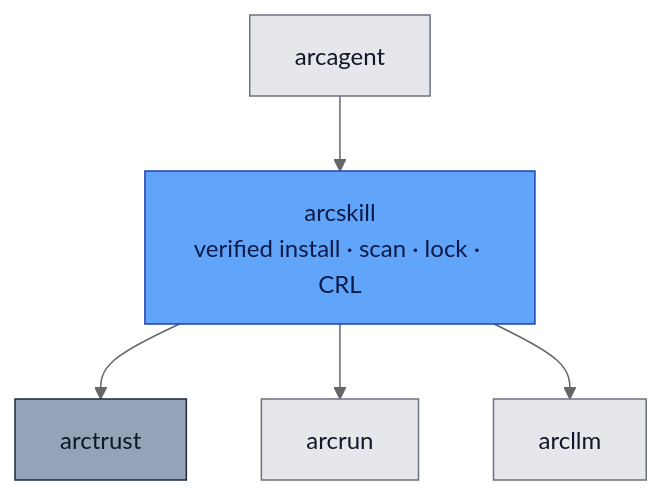
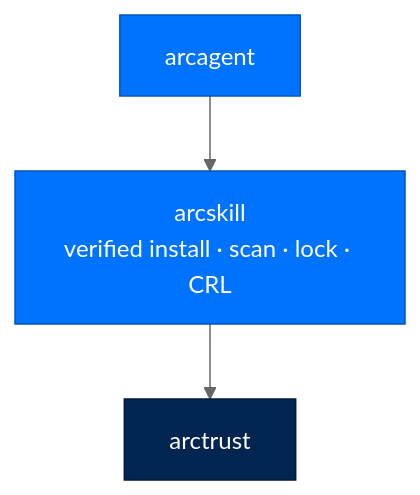
One commit to joshuamschultz/Arc changed the first of 2 diagrams in packages/arcskill/README.md. Above: the diagram before and after it, drawn with Mermaid (neutral theme). The commit also changed other lines of this file and 16 other files, not shown here.

````diff
--- a/packages/arcskill/README.md
+++ b/packages/arcskill/README.md
@@ -36,11 +36,8 @@
 ```mermaid
 flowchart TB
-    classDef sk fill:#60A5FA,stroke:#1E40AF,color:#0C1A47
-    classDef tr fill:#94A3B8,stroke:#1E293B,color:#0F172A
-    classDef other fill:#E5E7EB,stroke:#6B7280,color:#111827
+    classDef agent fill:#0073FE,stroke:#0055BC,color:#FFFFFF
+    classDef found fill:#002550,stroke:#001A38,color:#FFFFFF
 
-    arcagent[arcagent]:::other --> arcskill
-    arcskill[arcskill<br/>verified install · scan · lock · CRL]:::sk --> arctrust[arctrust]:::tr
-    arcskill --> arcrun[arcrun]:::other
-    arcskill --> arcllm[arcllm]:::other
+    arcagent[arcagent]:::agent --> arcskill
+    arcskill[arcskill<br/>verified install · scan · lock · CRL]:::agent --> arctrust[arctrust]:::found
 ```
````
